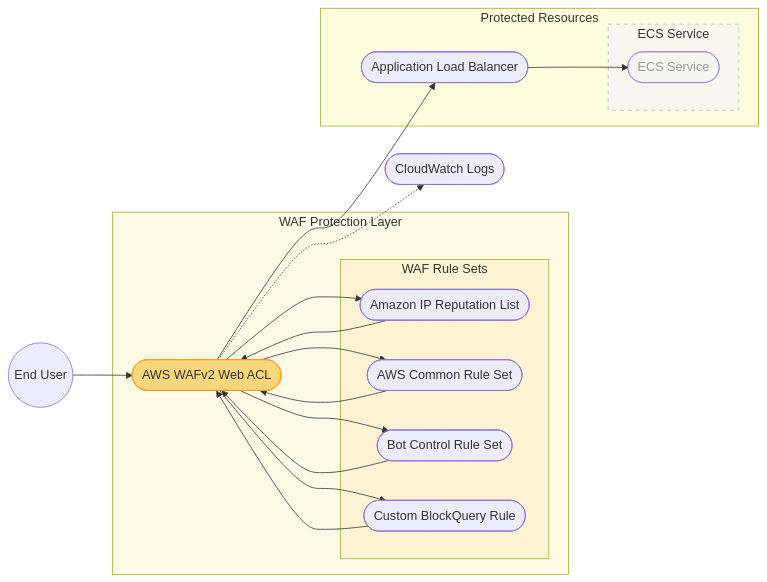
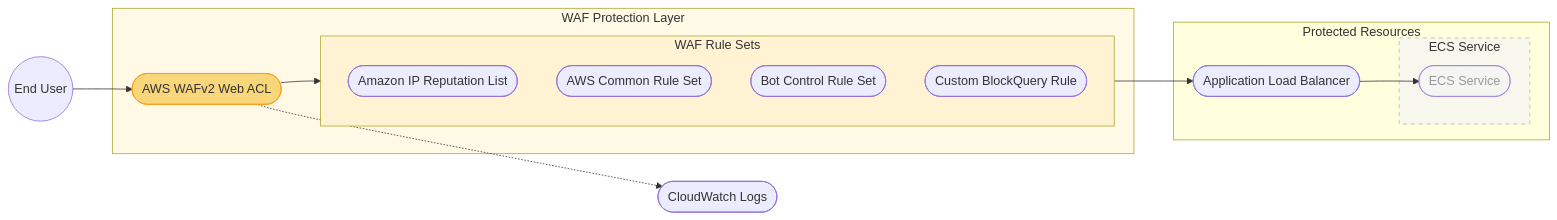
The diagram in standalone-waf-diagram.md (vaughngit/cdk-ecs-alb-waf-owasp-webapp), drawn with Mermaid before and after one commit. The commit also changed 1 other file, not shown here.

Commit message:
updated arrows

````diff
--- a/standalone-waf-diagram.md
+++ b/standalone-waf-diagram.md
@@ -3,43 +3,35 @@
 ```mermaid
 flowchart LR
     User((End User)) --> WAF
     
     subgraph WAFProtection[WAF Protection Layer]
         WAF([AWS WAFv2 Web ACL])
         subgraph RuleSets[WAF Rule Sets]
             IPRule([Amazon IP Reputation List])
             CommonRule([AWS Common Rule Set])
             BotRule([Bot Control Rule Set])
             CustomRule([Custom BlockQuery Rule])
         end
         
-        WAF --> IPRule
-        WAF --> CommonRule
-        WAF --> BotRule
-        WAF --> CustomRule
-        
-        IPRule --> WAF
-        CommonRule --> WAF
-        BotRule --> WAF
-        CustomRule --> WAF
+        WAF --> RuleSets
     end
     
-    WAF --> ALB
+    RuleSets --> ALB
     WAF -.-> CWLogs([CloudWatch Logs])
     
     subgraph Resources[Protected Resources]
         ALB([Application Load Balancer])
         subgraph ECSCluster[ECS Service]
             style ECSCluster fill:#f5f5f5,stroke:#999,stroke-dasharray: 5 5
             ECS([ECS Service])
             style ECS fill:#f5f5f5,color:#999
         end
         ALB --> ECS
     end
     
     style ECSCluster opacity:0.7
     style ECS opacity:0.7
     style WAF fill:#f9d67a,stroke:#f99c1a
     style WAFProtection fill:#fff9e6
     style RuleSets fill:#fff3d4
 ```
````
